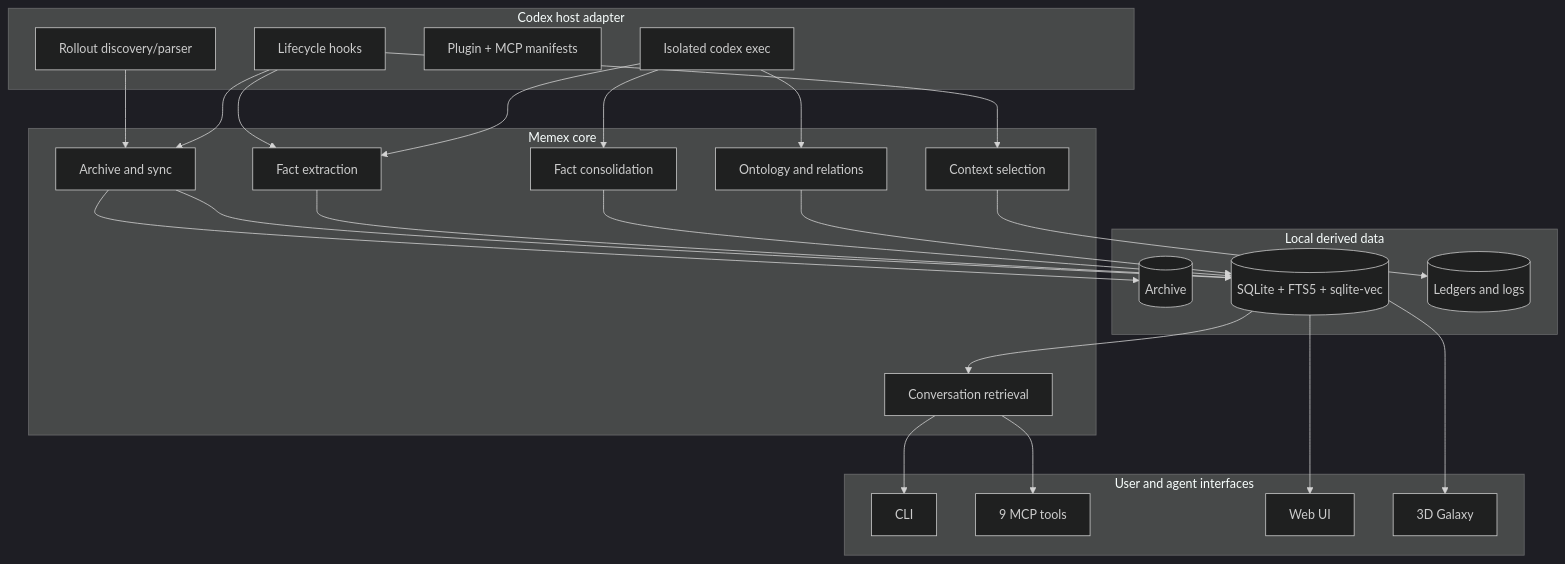
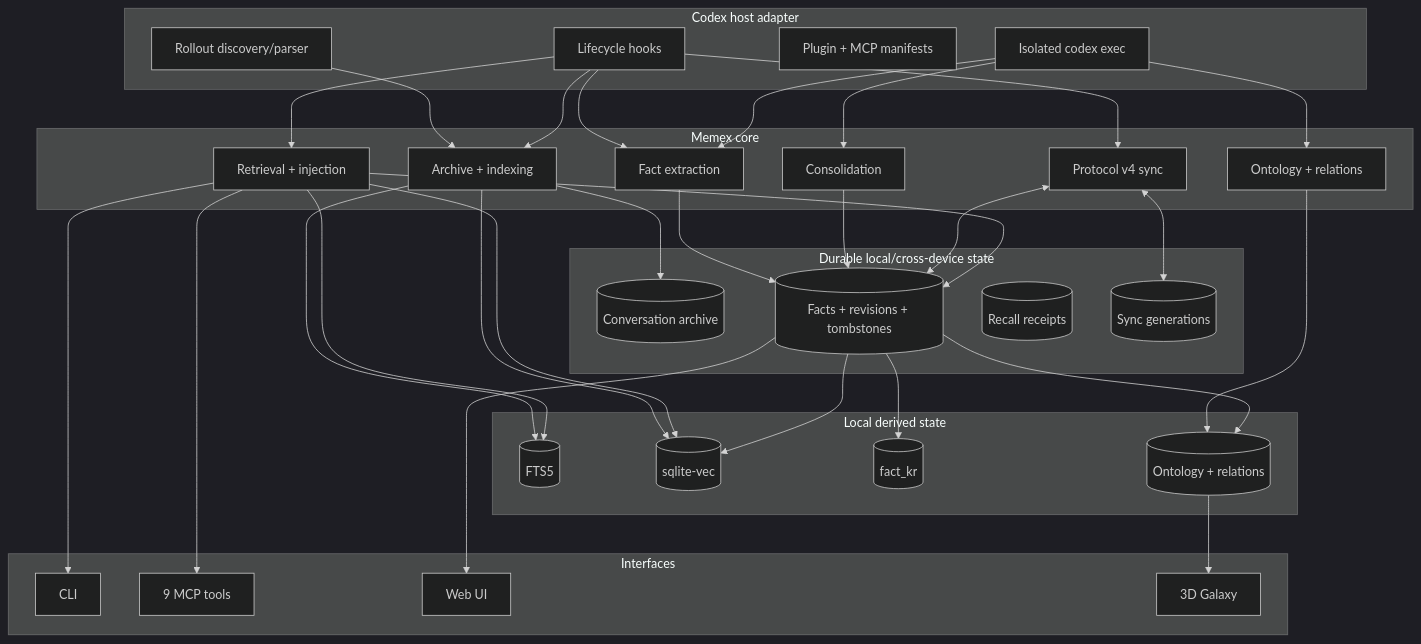
The first of 2 diagrams in docs/ARCHITECTURE.md (BongSuCHOI/memex), drawn with Mermaid (dark theme) before and after one commit. The commit also changed other lines of this file and 21 other files, not shown here.

````diff
--- a/docs/ARCHITECTURE.md
+++ b/docs/ARCHITECTURE.md
@@ -20,50 +19,68 @@
 ```mermaid
 flowchart TB
     subgraph Host[Codex host adapter]
       Rollout[Rollout discovery/parser]
       Hooks[Lifecycle hooks]
       Plugin[Plugin + MCP manifests]
       Exec[Isolated codex exec]
     end
 
     subgraph Core[Memex core]
-      Sync[Archive and sync]
-      Search[Conversation retrieval]
+      ArchiveIndex[Archive + indexing]
       Extract[Fact extraction]
-      Consolidate[Fact consolidation]
-      Ontology[Ontology and relations]
-      Inject[Context selection]
+      Consolidate[Consolidation]
+      Sync[Protocol v4 sync]
+      Retrieve[Retrieval + injection]
+      Ontology[Ontology + relations]
     end
 
-    subgraph Data[Local derived data]
-      Archive[(Archive)]
-      DB[(SQLite + FTS5 + sqlite-vec)]
-      Logs[(Ledgers and logs)]
+    subgraph Durable[Durable local/cross-device state]
+      Archive[(Conversation archive)]
+      Facts[(Facts + revisions + tombstones)]
+      Recall[(Recall receipts)]
+      Generations[(Sync generations)]
     end
 
-    subgraph Interfaces[User and agent interfaces]
+    subgraph Derived[Local derived state]
+      FTS[(FTS5)]
+      Vec[(sqlite-vec)]
+      KR[(fact_kr)]
+      Tax[(Ontology + relations)]
+    end
+
+    subgraph Interfaces[Interfaces]
       CLI[CLI]
       MCP[9 MCP tools]
       UI[Web UI]
       Galaxy[3D Galaxy]
     end
 
-    Rollout --> Sync
+    Rollout --> ArchiveIndex
+    Hooks --> ArchiveIndex
+    Hooks --> Extract
     Hooks --> Sync
-    Hooks --> Extract
-    Hooks --> Inject
+    Hooks --> Retrieve
     Exec --> Extract
     Exec --> Consolidate
     Exec --> Ontology
-    Sync --> Archive
-    Sync --> DB
-    Extract --> DB
-    Consolidate --> DB
-    Ontology --> DB
-    Inject --> Logs
-    DB --> Search
-    Search --> CLI
-    Search --> MCP
-    DB --> UI
-    DB --> Galaxy
+
+    ArchiveIndex --> Archive
+    ArchiveIndex --> FTS
+    ArchiveIndex --> Vec
+    Extract --> Facts
+    Consolidate --> Facts
+    Sync <--> Generations
+    Sync <--> Facts
+    Retrieve --> Facts
+    Retrieve --> FTS
+    Retrieve --> Vec
+    Ontology --> Tax
+    Facts --> KR
+    Facts --> Tax
+    Facts --> Vec
+
+    Retrieve --> CLI
+    Retrieve --> MCP
+    Facts --> UI
+    Tax --> Galaxy
 ```
````
